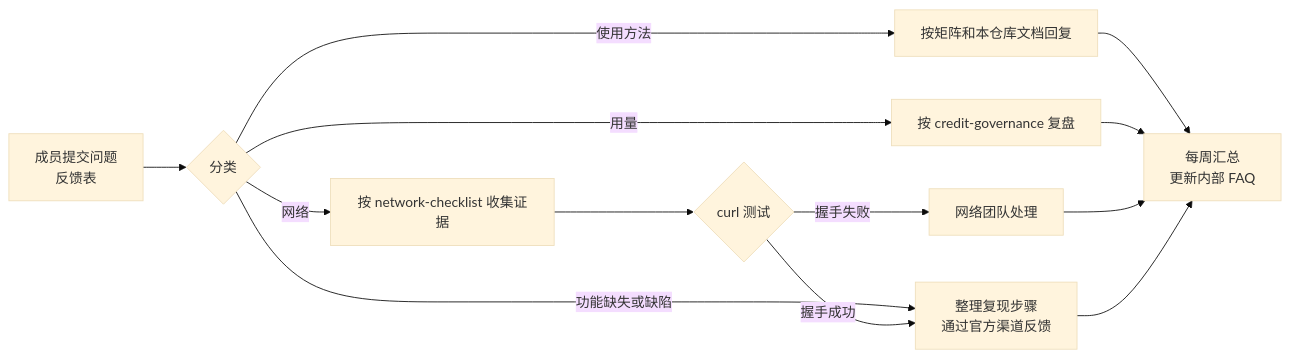
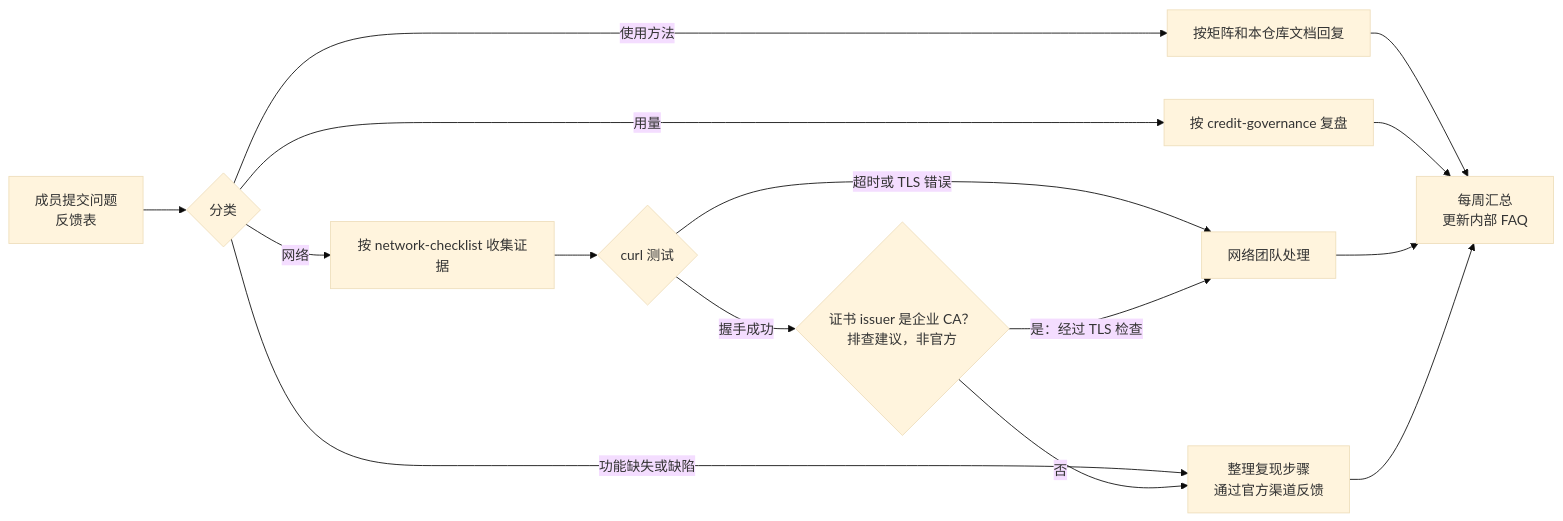
The diagram in docs/runbook-activation-day.md (shaojiez202608/kiro-enterprise-adoption-playbook), drawn with Mermaid (base theme) before and after one commit. The commit also changed other lines of this file and 8 other files, not shown here.

````diff
--- a/docs/runbook-activation-day.md
+++ b/docs/runbook-activation-day.md
@@ -33,12 +33,14 @@
 ```mermaid
 flowchart LR
     A[成员提交问题<br/>反馈表] --> B{分类}
     B -->|使用方法| C[按矩阵和本仓库文档回复]
     B -->|网络| D[按 network-checklist 收集证据]
     B -->|用量| E[按 credit-governance 复盘]
     B -->|功能缺失或缺陷| F[整理复现步骤<br/>通过官方渠道反馈]
     D --> G{curl 测试}
-    G -->|握手失败| H[网络团队处理]
-    G -->|握手成功| F
+    G -->|超时或 TLS 错误| H[网络团队处理]
+    G -->|握手成功| J{证书 issuer 是企业 CA？<br/>排查建议，非官方}
+    J -->|是：经过 TLS 检查| H
+    J -->|否| F
     C & E & H & F --> I[每周汇总<br/>更新内部 FAQ]
 ```
````
